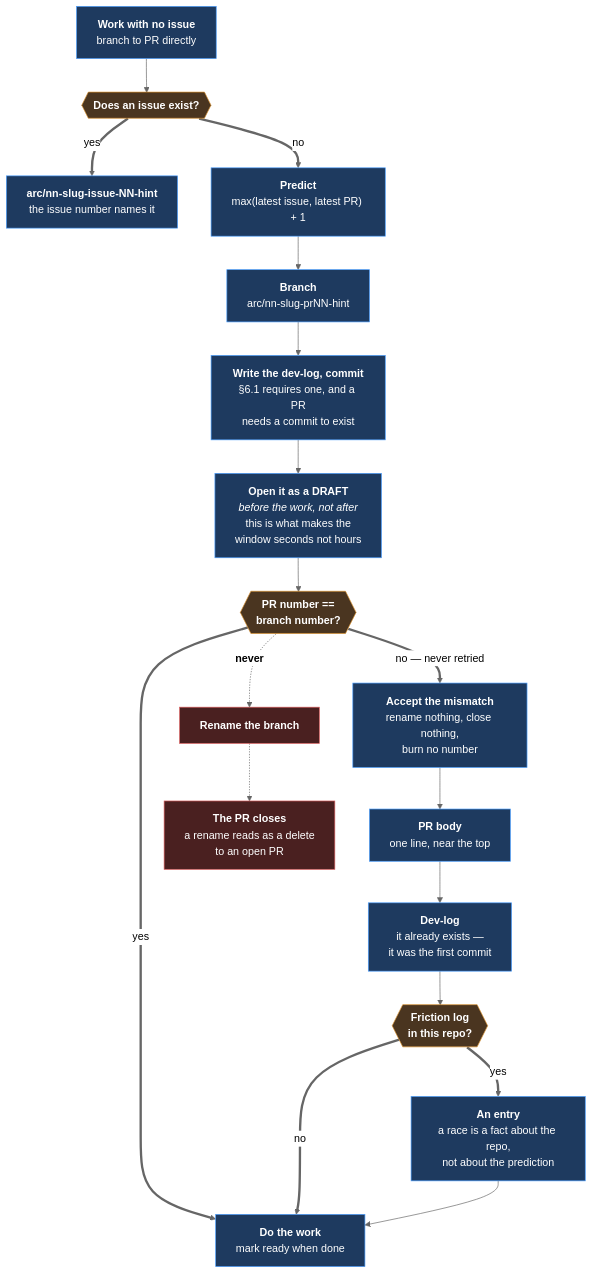
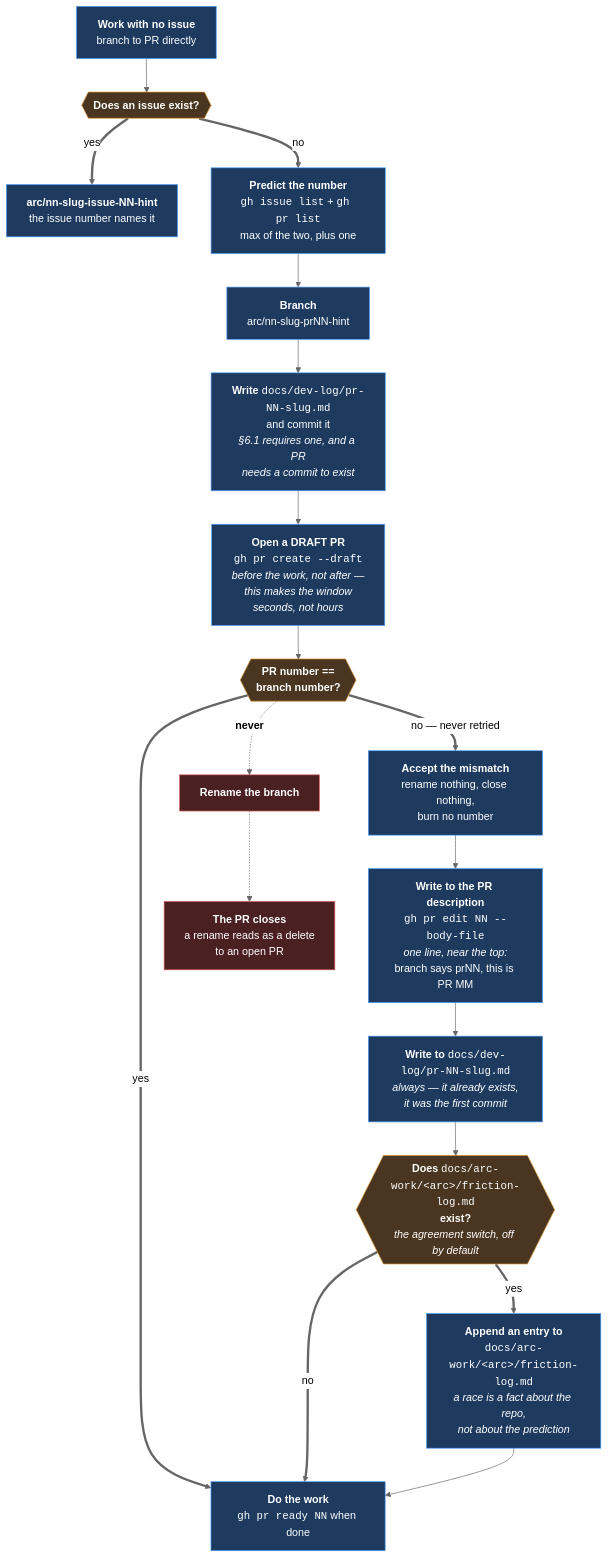
The third of 3 diagrams in docs/product-architecture/mechanisms/m46-work-navigation.md (Calyx-Engineering/arc), drawn with Mermaid (neutral theme) before and after one commit.

Commit message:
docs: name the write target in every node of the §9.1 flow
The diagram said "PR body", "Dev-log", "Friction log" — reading it did not
tell you what to open. Every node that writes now carries the path or the
command:

  docs/dev-log/pr-NN-slug.md          written twice, once at branch time
                                      and again on a miss
  gh pr create --draft                the step that closes the window
  gh pr edit NN --body-file           the PR description
  docs/arc-work/<arc>/friction-log.md conditional, behind the agreement
                                      switch #98 added

````diff
--- a/docs/product-architecture/mechanisms/m46-work-navigation.md
+++ b/docs/product-architecture/mechanisms/m46-work-navigation.md
@@ -393,26 +393,26 @@
 ```mermaid
 flowchart TB
     START["<b>Work with no issue</b><br/>branch to PR directly"] --> Q{{"<b>Does an issue exist?</b>"}}
     Q ==>|yes| ISS["<b>arc/nn-slug-issue-NN-hint</b><br/>the issue number names it"]
-    Q ==>|no| PRED["<b>Predict</b><br/>max(latest issue, latest PR) + 1"]
+    Q ==>|no| PRED["<b>Predict the number</b><br/><code>gh issue list</code> + <code>gh pr list</code><br/>max of the two, plus one"]
     PRED --> BR["<b>Branch</b><br/>arc/nn-slug-prNN-hint"]
-    BR --> LOG["<b>Write the dev-log, commit</b><br/>§6.1 requires one, and a PR<br/>needs a commit to exist"]
-    LOG --> OPEN["<b>Open it as a DRAFT</b><br/><i>before the work, not after</i><br/>this is what makes the<br/>window seconds not hours"]
+    BR --> LOG["<b>Write</b> <code>docs/dev-log/pr-NN-slug.md</code><br/>and commit it<br/><i>§6.1 requires one, and a PR<br/>needs a commit to exist</i>"]
+    LOG --> OPEN["<b>Open a DRAFT PR</b><br/><code>gh pr create --draft</code><br/><i>before the work, not after —<br/>this makes the window<br/>seconds, not hours</i>"]
     OPEN --> CHK{{"<b>PR number ==<br/>branch number?</b>"}}
-    CHK ==>|yes| WORK["<b>Do the work</b><br/>mark ready when done"]
+    CHK ==>|yes| WORK["<b>Do the work</b><br/><code>gh pr ready NN</code> when done"]
     CHK ==>|"no — never retried"| ACCEPT["<b>Accept the mismatch</b><br/>rename nothing, close nothing,<br/>burn no number"]
-    ACCEPT --> SAY["<b>PR body</b><br/>one line, near the top"]
-    SAY --> DEVLOG["<b>Dev-log</b><br/>it already exists —<br/>it was the first commit"]
-    DEVLOG --> FQ{{"<b>Friction log<br/>in this repo?</b>"}}
-    FQ ==>|yes| FRIC["<b>An entry</b><br/>a race is a fact about the repo,<br/>not about the prediction"]
+    ACCEPT --> SAY["<b>Write to the PR description</b><br/><code>gh pr edit NN --body-file</code><br/><i>one line, near the top:</i><br/>branch says prNN, this is PR MM"]
+    SAY --> DEVLOG["<b>Write to</b> <code>docs/dev-log/pr-NN-slug.md</code><br/><i>always — it already exists,<br/>it was the first commit</i>"]
+    DEVLOG --> FQ{{"<b>Does</b> <code>docs/arc-work/&lt;arc&gt;/friction-log.md</code><br/><b>exist?</b><br/><i>the agreement switch, off by default</i>"}}
+    FQ ==>|yes| FRIC["<b>Append an entry to</b><br/><code>docs/arc-work/&lt;arc&gt;/friction-log.md</code><br/><i>a race is a fact about the repo,<br/>not about the prediction</i>"]
     FQ ==>|no| WORK
     FRIC --> WORK
     CHK -.->|"<b>never</b>"| REN["<b>Rename the branch</b>"]
     REN -.-> DEAD["<b>The PR closes</b><br/>a rename reads as a delete<br/>to an open PR"]
     classDef n fill:#1e3a5f,stroke:#4a9eff,color:#fff
     classDef s fill:#4a3520,stroke:#d98f2b,color:#fff
     classDef x fill:#4a2020,stroke:#d95b5b,color:#fff
     class START,ISS,PRED,BR,LOG,OPEN,WORK,ACCEPT,SAY,DEVLOG,FRIC n
     class Q,CHK,FQ s
     class REN,DEAD x
 ```
````
